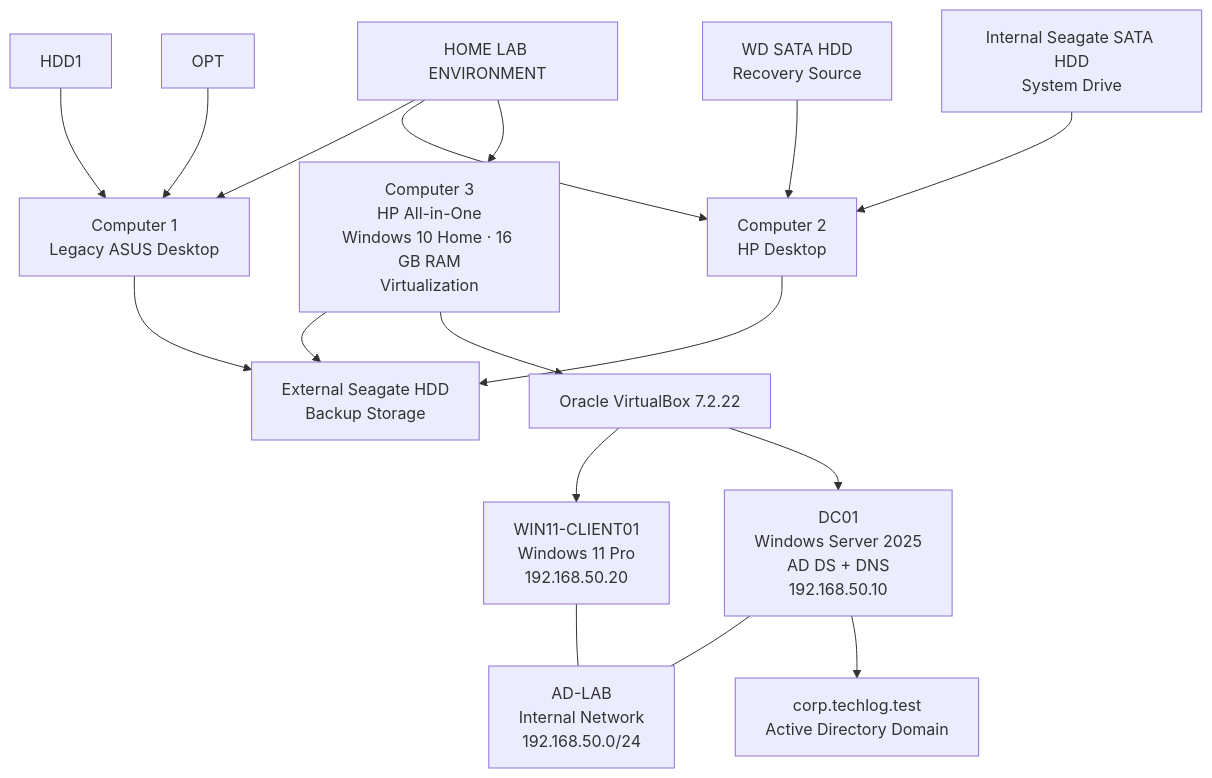
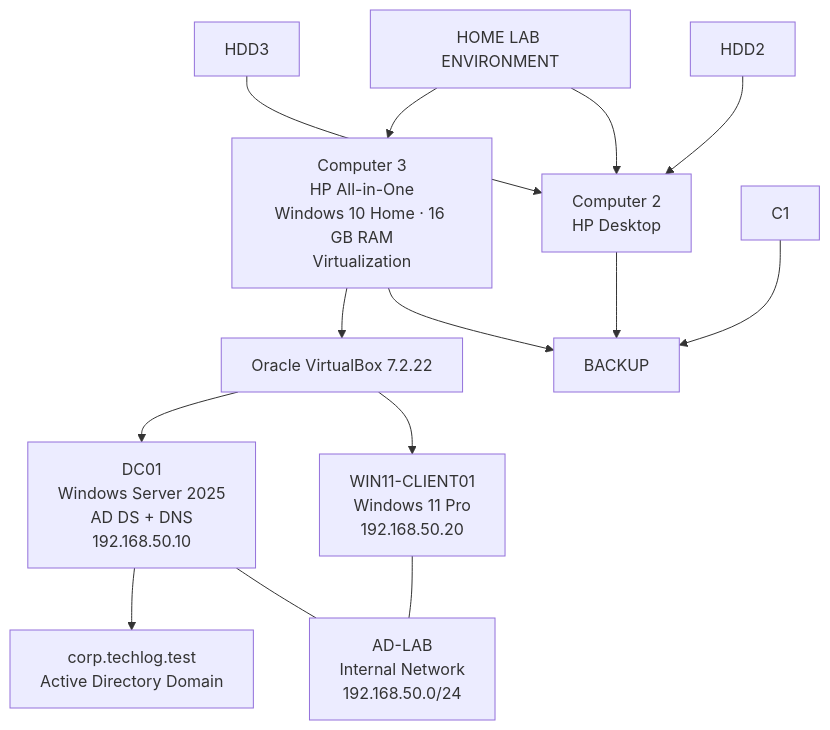
The second of 2 diagrams in PROJECTS/01-lab-environment/lab-environment-overview.md (aang81a/my-it-support-portfolio), drawn with Mermaid before and after one commit.

````diff
--- a/PROJECTS/01-lab-environment/lab-environment-overview.md
+++ b/PROJECTS/01-lab-environment/lab-environment-overview.md
@@ -47,39 +47,30 @@
 ```mermaid
 flowchart TB
     HOME["HOME LAB ENVIRONMENT"]
 
-    C1["Computer 1<br/>Legacy ASUS Desktop<br/>"]
     C2["Computer 2<br/>HP Desktop<br/>"]
     C3["Computer 3<br/>HP All-in-One<br/>Windows 10 Home · 16 GB RAM<br/>Virtualization"]
-
-    HDD2["WD SATA HDD<br/>Recovery Source"]
-    HDD3["Internal Seagate SATA HDD<br/>System Drive"]
-
-    BACKUP["External Seagate HDD<br/>Backup Storage"]
 
     VB["Oracle VirtualBox 7.2.22"]
     CLIENT["WIN11-CLIENT01<br/>Windows 11 Pro<br/>192.168.50.20"]
     SERVER["DC01<br/>Windows Server 2025<br/>AD DS + DNS<br/>192.168.50.10"]
     NETWORK["AD-LAB<br/>Internal Network<br/>192.168.50.0/24"]
     DOMAIN["corp.techlog.test<br/>Active Directory Domain"]
 
-    HOME --> C1
     HOME --> C2
     HOME --> C3
 
-    HDD1 --> C1
-    OPT --> C1
     HDD2 --> C2
     HDD3 --> C2
 
     C1 --> BACKUP
     C2 --> BACKUP
     C3 --> BACKUP
 
     C3 --> VB
     VB --> CLIENT
     VB --> SERVER
     CLIENT --- NETWORK
     SERVER --- NETWORK
     SERVER --> DOMAIN
 ```
````
